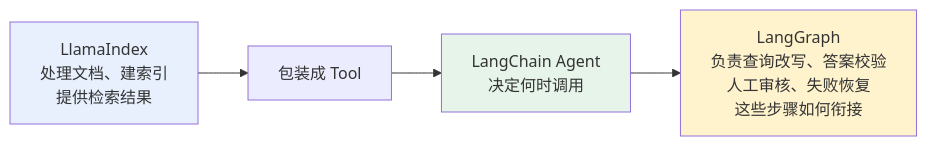
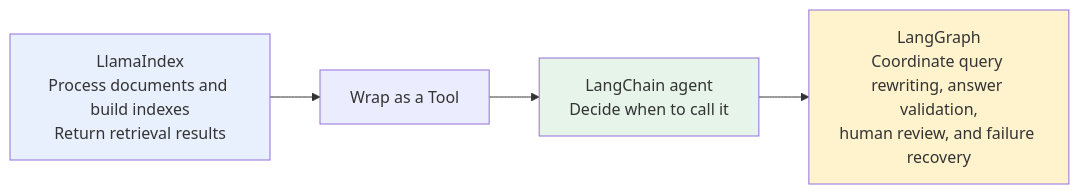
Before and after one commit to oneleaveknowsthefall/awesome-ai-roadmap: the third of 4 diagrams in docs/frameworks/01-langchain/01-foundations/01-agent-frameworks.md, drawn with Mermaid. The commit also changed other lines of this file and 70 other files, not shown here.

````diff
--- a/docs/frameworks/01-langchain/01-foundations/01-agent-frameworks.md
+++ b/docs/frameworks/01-langchain/01-foundations/01-agent-frameworks.md
@@ -111,10 +111,10 @@
 ```mermaid
 flowchart LR
-    A["LlamaIndex<br/>处理文档、建索引<br/>提供检索结果"] --> B["包装成 Tool"]
-    B --> C["LangChain Agent<br/>决定何时调用"]
-    C --> D["LangGraph<br/>负责查询改写、答案校验<br/>人工审核、失败恢复<br/>这些步骤如何衔接"]
+    A["LlamaIndex<br/>Process documents and build indexes<br/>Return retrieval results"] --> B["Wrap as a Tool"]
+    B --> C["LangChain agent<br/>Decide when to call it"]
+    C --> D["LangGraph<br/>Coordinate query rewriting, answer validation,<br/>human review, and failure recovery"]
 
     style A fill:#e8f0fe
     style C fill:#e6f4ea
     style D fill:#fff3cd
 ```
````
